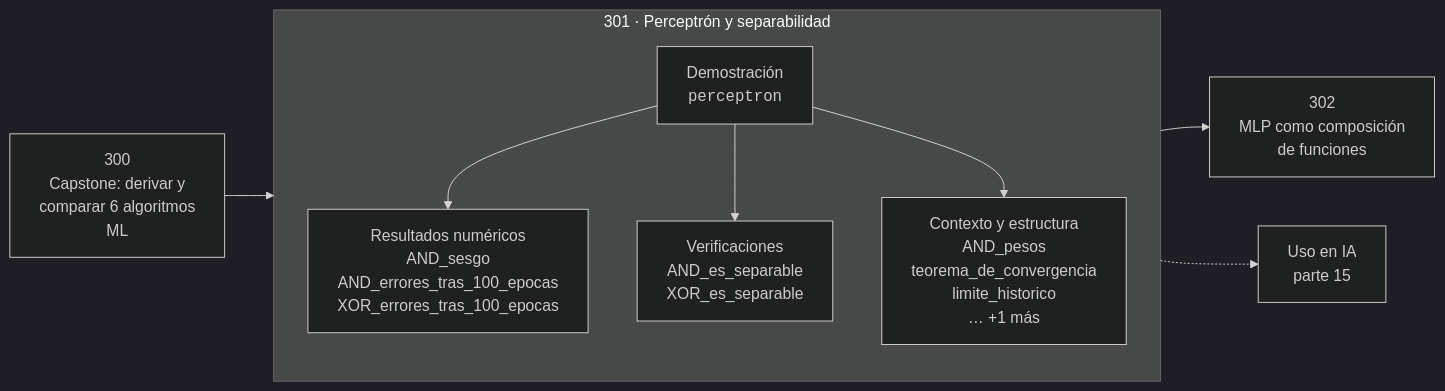
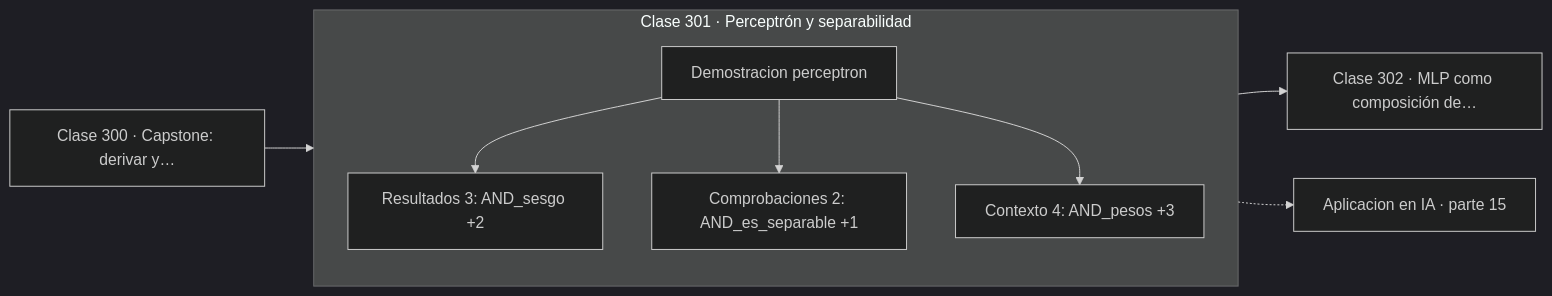
Before and after one commit to vladimiracunadev-create/computational-mathematics-program: the diagram in classes/part-15-matematica-de-deep-learning/301-perceptron-y-separabilidad/README.md, drawn with Mermaid (dark theme). The commit also changed 389 other files, not shown here.

First line of the commit message:
fix(diagramas): elimina el HTML de las etiquetas Mermaid

````diff
--- a/classes/part-15-matematica-de-deep-learning/301-perceptron-y-separabilidad/README.md
+++ b/classes/part-15-matematica-de-deep-learning/301-perceptron-y-separabilidad/README.md
@@ -30,12 +30,13 @@
 ```mermaid
 flowchart LR
-    P["300<br/>Capstone: derivar y<br/>comparar 6 algoritmos<br/>ML"] --> C
-    subgraph C["301 · Perceptrón y separabilidad"]
+    P["Clase 300 · Capstone: derivar y…"] --> D
+    subgraph CLASE["Clase 301 · Perceptrón y separabilidad"]
         direction TB
-        D["Demostración<br/><code>perceptron</code>"] --> R["Resultados numéricos<br/>AND_sesgo<br/>AND_errores_tras_100_epocas<br/>XOR_errores_tras_100_epocas"]
-        D --> V["Verificaciones<br/>AND_es_separable<br/>XOR_es_separable"]
-        D --> O["Contexto y estructura<br/>AND_pesos<br/>teorema_de_convergencia<br/>limite_historico<br/>… +1 más"]
+        D["Demostracion perceptron"]
+        D --> R["Resultados 3: AND_sesgo +2"]
+        D --> V["Comprobaciones 2: AND_es_separable +1"]
+        D --> O["Contexto 4: AND_pesos +3"]
     end
-    C --> N["302<br/>MLP como composición<br/>de funciones"]
-    C -.-> IA["Uso en IA<br/>parte 15"]
+    R --> N["Clase 302 · MLP como composición de…"]
+    V -.-> IA["Aplicacion en IA · parte 15"]
 ```
````
